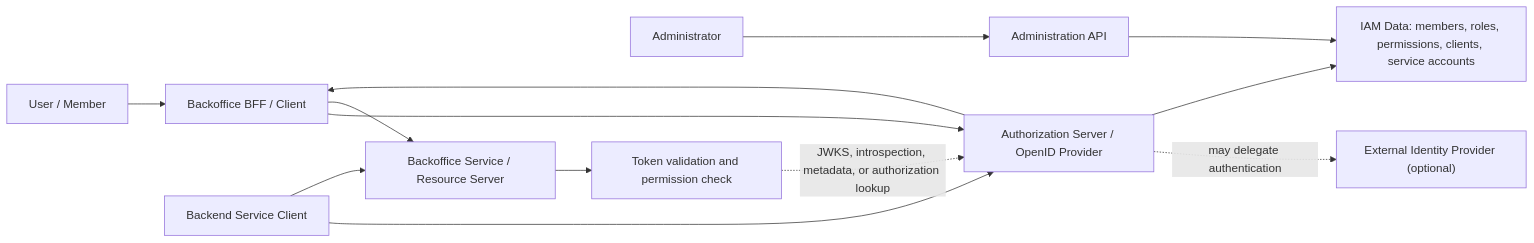
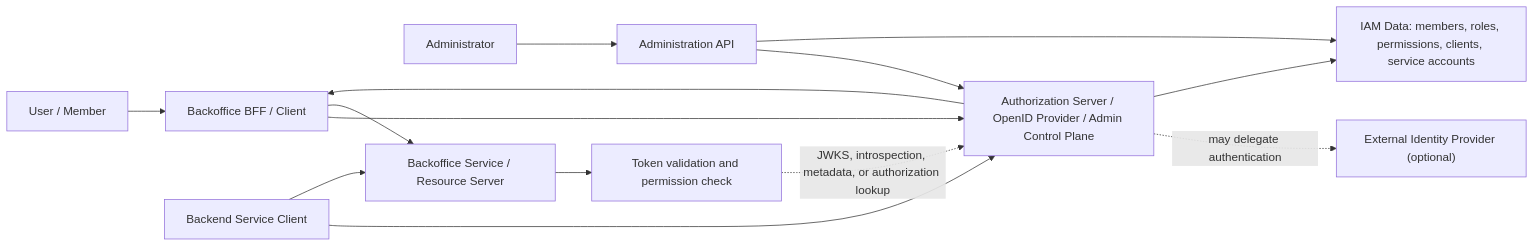
The first of 2 diagrams in docs/wiki/README.md (panaC/edrlab-backoffice-auth-study), drawn with Mermaid before and after one commit. The commit also changed other lines of this file and 4 other files, not shown here.

````diff
--- a/docs/wiki/README.md
+++ b/docs/wiki/README.md
@@ -58,28 +89,29 @@
 ```mermaid
 flowchart LR
     User["User / Member"]
     Admin["Administrator"]
     Client["Backoffice BFF / Client"]
-    AS["Authorization Server / OpenID Provider"]
+    AS["Authorization Server / OpenID Provider / Admin Control Plane"]
     ExternalIdP["External Identity Provider (optional)"]
     API["Backoffice Service / Resource Server"]
     AdminAPI["Administration API"]
     Data["IAM Data: members, roles, permissions, clients, service accounts"]
     Service["Backend Service Client"]
     Decision["Token validation and permission check"]
 
     User --> Client
     Client --> AS
     AS -. "may delegate authentication" .-> ExternalIdP
     AS --> Client
     Client --> API
     API --> Decision
     Decision -. "JWKS, introspection, metadata, or authorization lookup" .-> AS
 
     Admin --> AdminAPI
+    AdminAPI --> AS
     AdminAPI --> Data
     AS --> Data
 
     Service --> AS
     Service --> API
 ```
````
